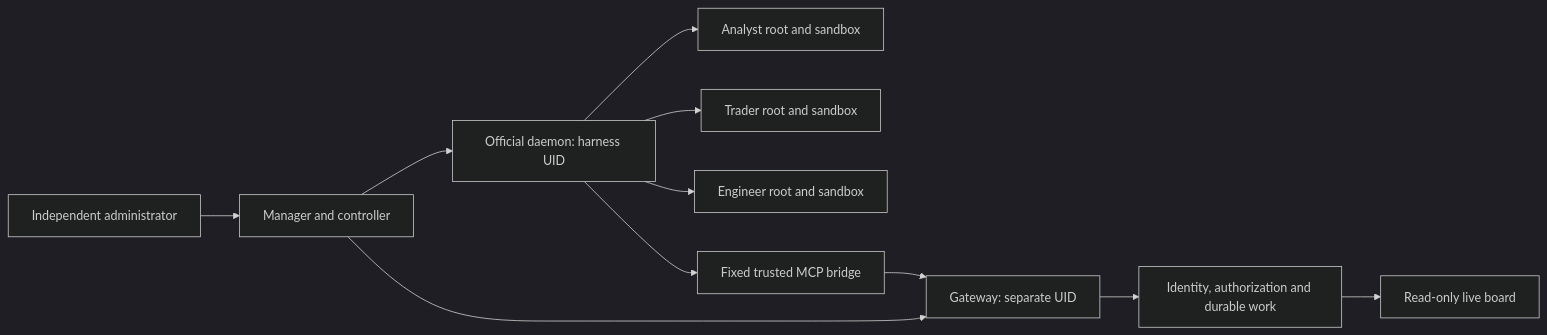
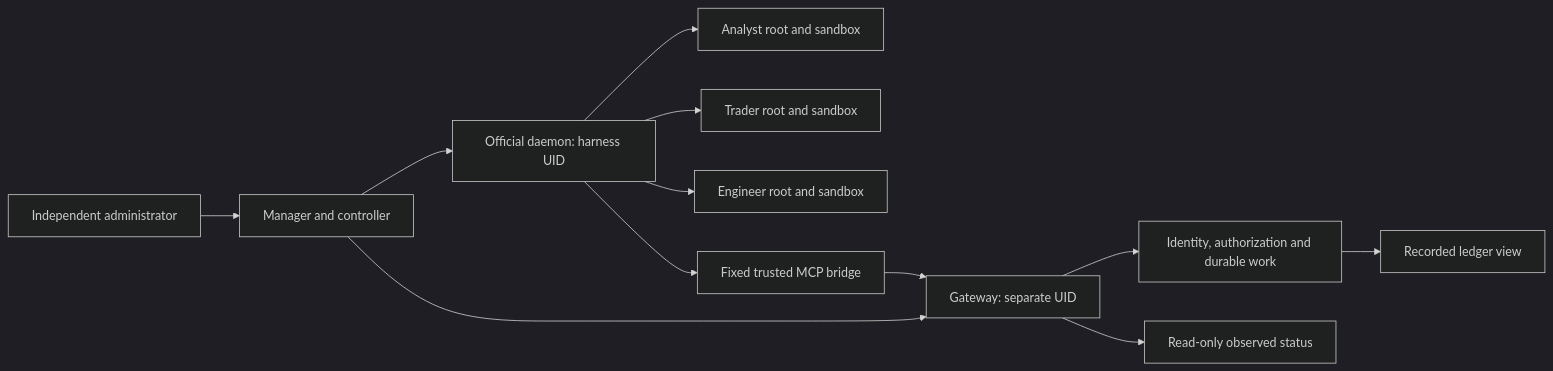
One commit to hongdp/deskd changed the diagram in docs/workspace.md. Above: the diagram before and after it, drawn with Mermaid (dark theme). The commit also changed other lines of this file and 12 other files, not shown here.

````diff
--- a/docs/workspace.md
+++ b/docs/workspace.md
@@ -16,13 +16,14 @@
 ```mermaid
 flowchart LR
   Human[Independent administrator] --> Manager[Manager and controller]
   Manager --> Runtime[Official daemon: harness UID]
   Runtime --> Analyst[Analyst root and sandbox]
   Runtime --> Trader[Trader root and sandbox]
   Runtime --> Engineer[Engineer root and sandbox]
   Runtime --> Bridge[Fixed trusted MCP bridge]
   Bridge --> Gateway[Gateway: separate UID]
   Manager --> Gateway
   Gateway --> Ledger[Identity, authorization and durable work]
-  Ledger --> Board[Read-only live board]
+  Gateway --> Board[Read-only observed status]
+  Ledger --> Recorded[Recorded ledger view]
 ```
````
